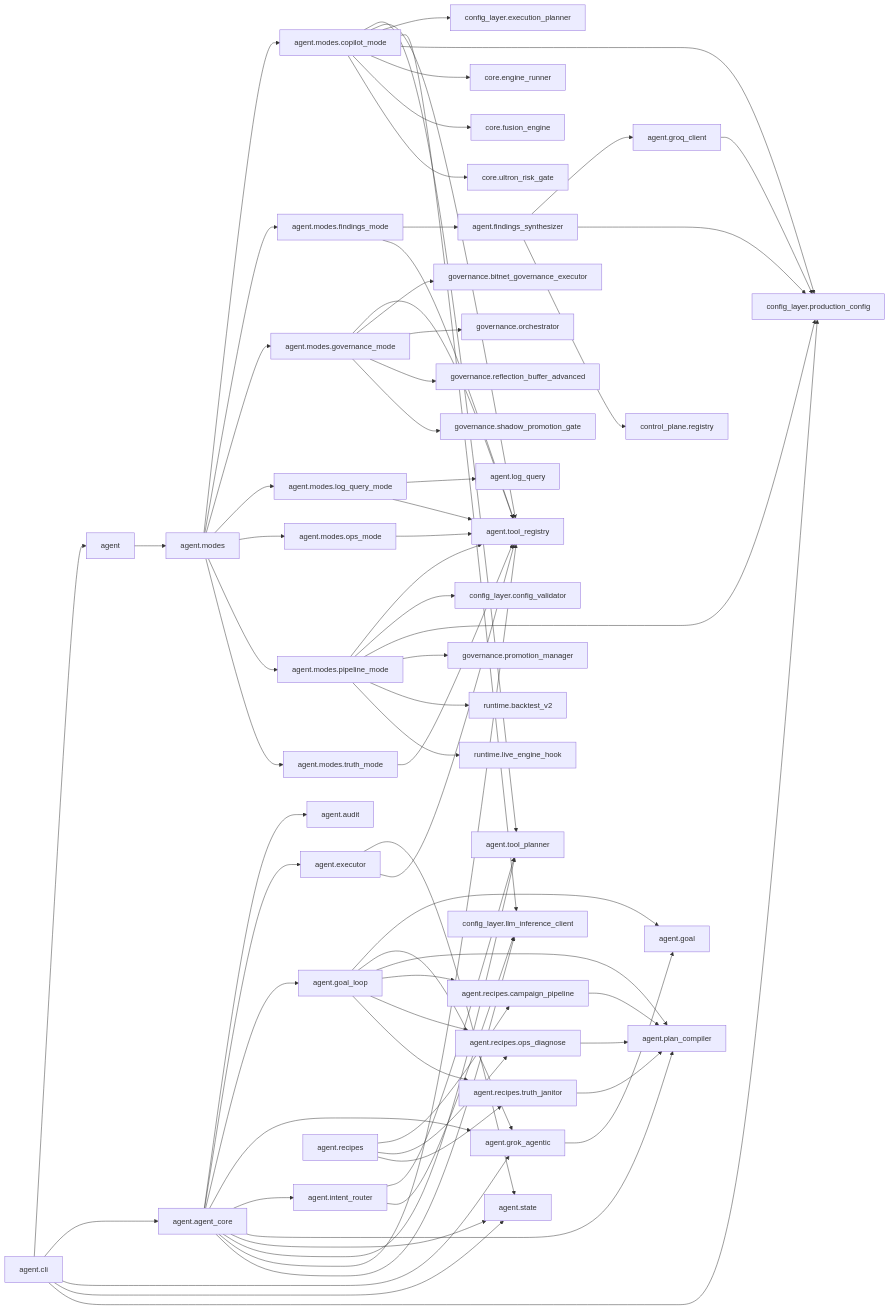
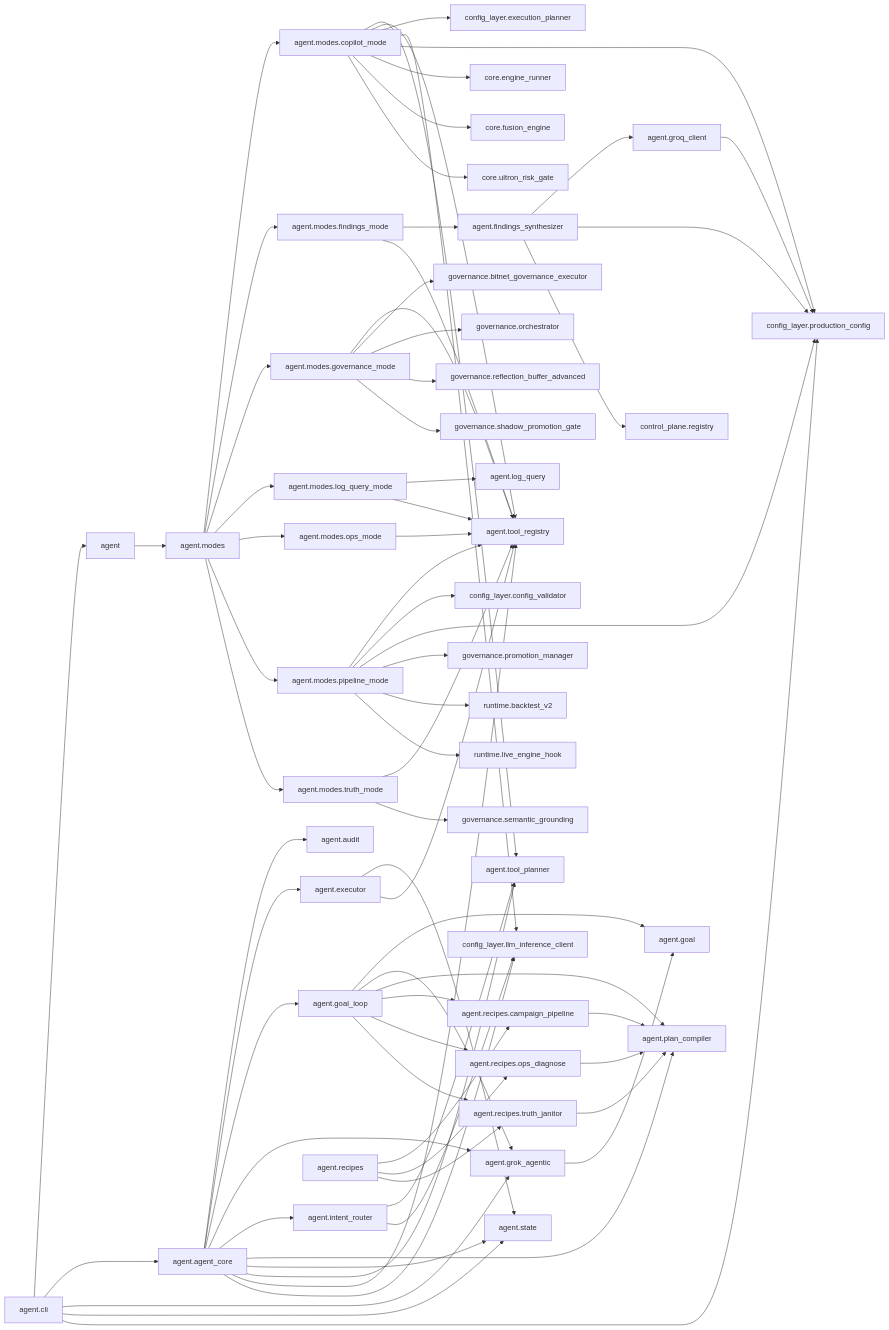
The second of 39 diagrams in docs/architecture/code-map.generated.md (Chaithu1995-0312/TradeHlt), drawn with Mermaid before and after one commit. The commit also changed other lines of this file and 4 other files, not shown here.

```diff
--- a/docs/architecture/code-map.generated.md
+++ b/docs/architecture/code-map.generated.md
@@ -217,6 +221,7 @@
     governance_orchestrator["governance.orchestrator"]
     governance_promotion_manager["governance.promotion_manager"]
     governance_reflection_buffer_advanced["governance.reflection_buffer_advanced"]
+    governance_semantic_grounding["governance.semantic_grounding"]
     governance_shadow_promotion_gate["governance.shadow_promotion_gate"]
     runtime_backtest_v2["runtime.backtest_v2"]
     runtime_live_engine_hook["runtime.live_engine_hook"]
@@ -283,6 +288,7 @@
     agent_modes_pipeline_mode --> runtime_backtest_v2
     agent_modes_pipeline_mode --> runtime_live_engine_hook
     agent_modes_truth_mode --> agent_tool_registry
+    agent_modes_truth_mode --> governance_semantic_grounding
     agent_recipes --> agent_recipes_campaign_pipeline
     agent_recipes --> agent_recipes_ops_diagnose
     agent_recipes --> agent_recipes_truth_janitor
```
